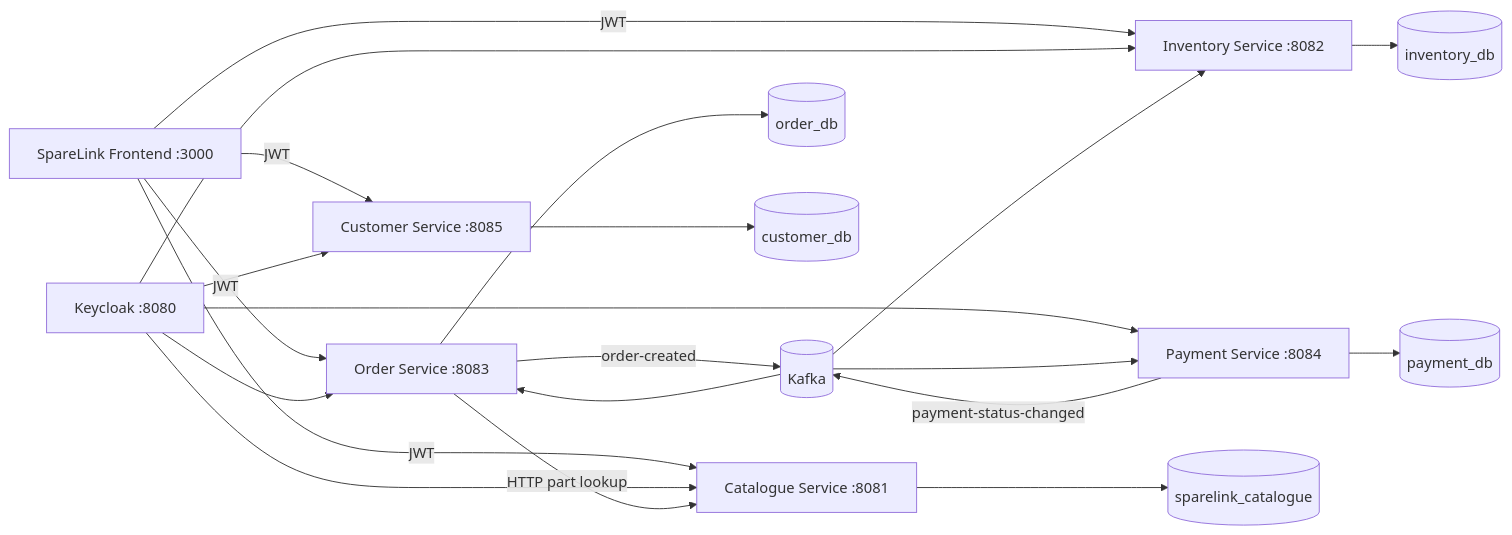
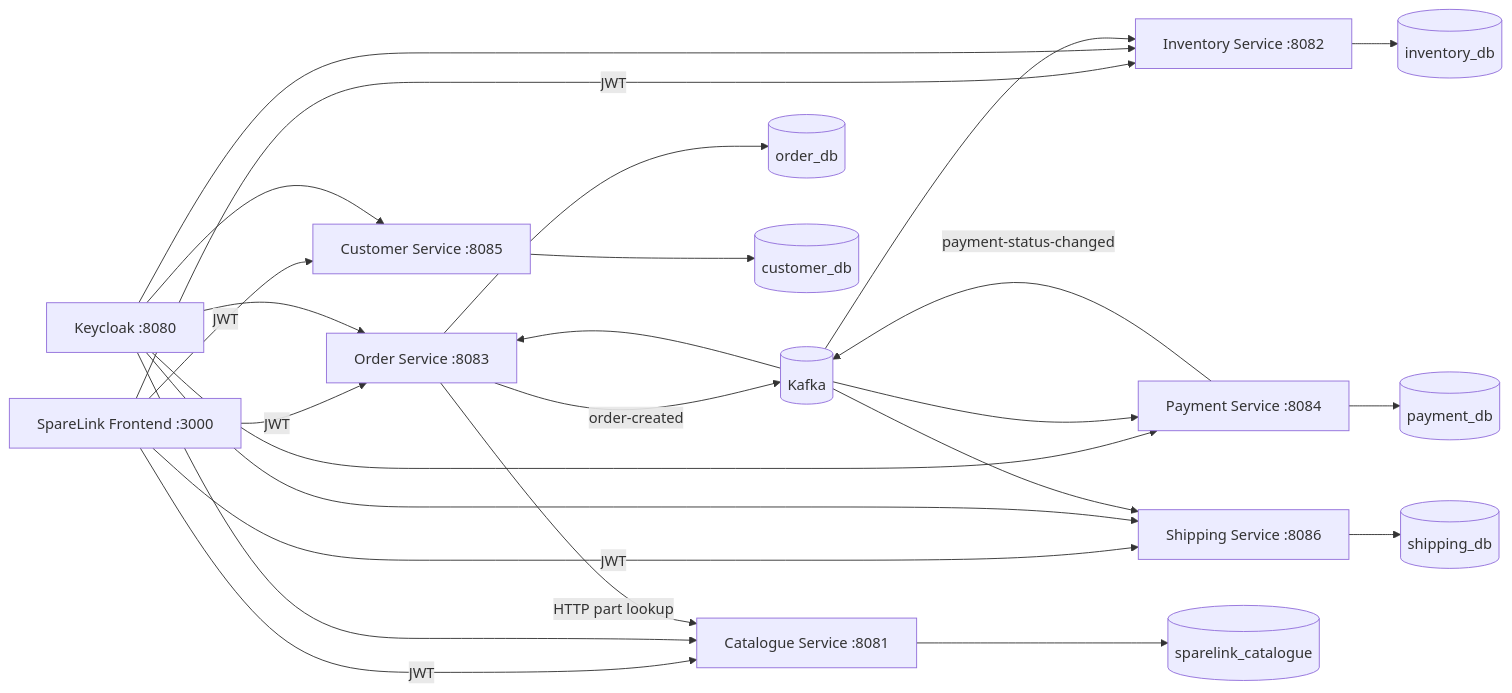
Before and after one commit to tadiwanashe-mashongwa/sparelink-platform: the diagram in README.md, drawn with Mermaid. The commit also changed other lines of this file and 1 other file, not shown here.

Commit message:
docs: include shipping in platform architecture

````diff
--- a/README.md
+++ b/README.md
@@ -9,23 +9,27 @@
 ```mermaid
 flowchart LR
     Client[SpareLink Frontend :3000] -->|JWT| Order[Order Service :8083]
     Client -->|JWT| Catalogue[Catalogue Service :8081]
     Client -->|JWT| Inventory[Inventory Service :8082]
     Client -->|JWT| Customer[Customer Service :8085]
+    Client -->|JWT| Shipping[Shipping Service :8086]
     Keycloak[Keycloak :8080] --> Order
     Keycloak --> Catalogue
     Keycloak --> Inventory
     Keycloak --> Payment
     Keycloak --> Customer
+    Keycloak --> Shipping
     Order -->|HTTP part lookup| Catalogue
     Order -->|order-created| Kafka[(Kafka)]
     Kafka --> Inventory
     Kafka --> Payment[Payment Service :8084]
     Payment -->|payment-status-changed| Kafka
     Kafka --> Order
+    Kafka --> Shipping
     Order --> OrderDb[(order_db)]
     Payment --> PaymentDb[(payment_db)]
     Catalogue --> CatalogueDb[(sparelink_catalogue)]
     Inventory --> InventoryDb[(inventory_db)]
     Customer --> CustomerDb[(customer_db)]
+    Shipping --> ShippingDb[(shipping_db)]
 ```
````
